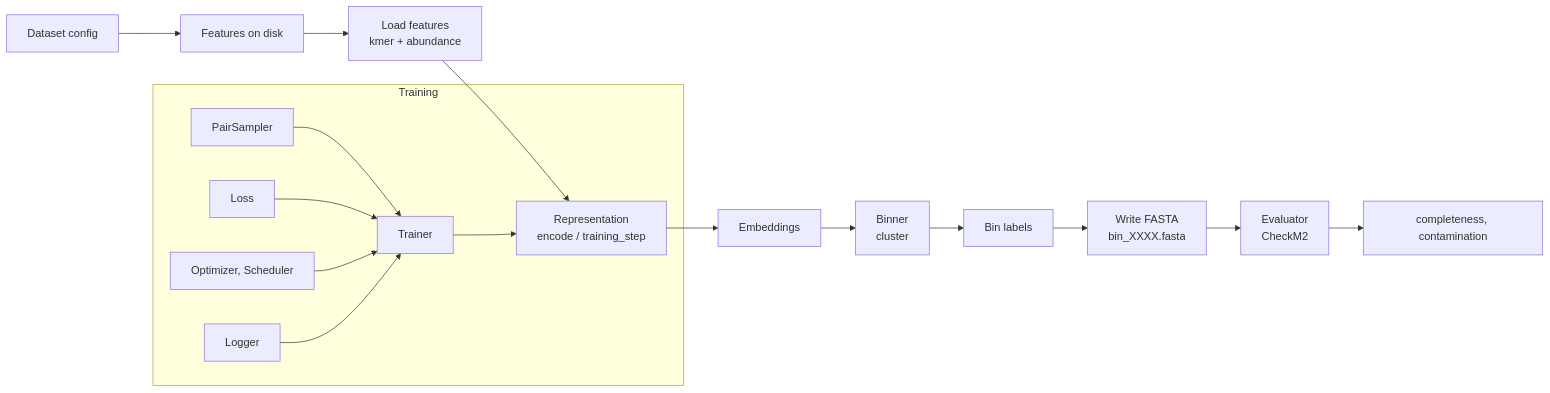
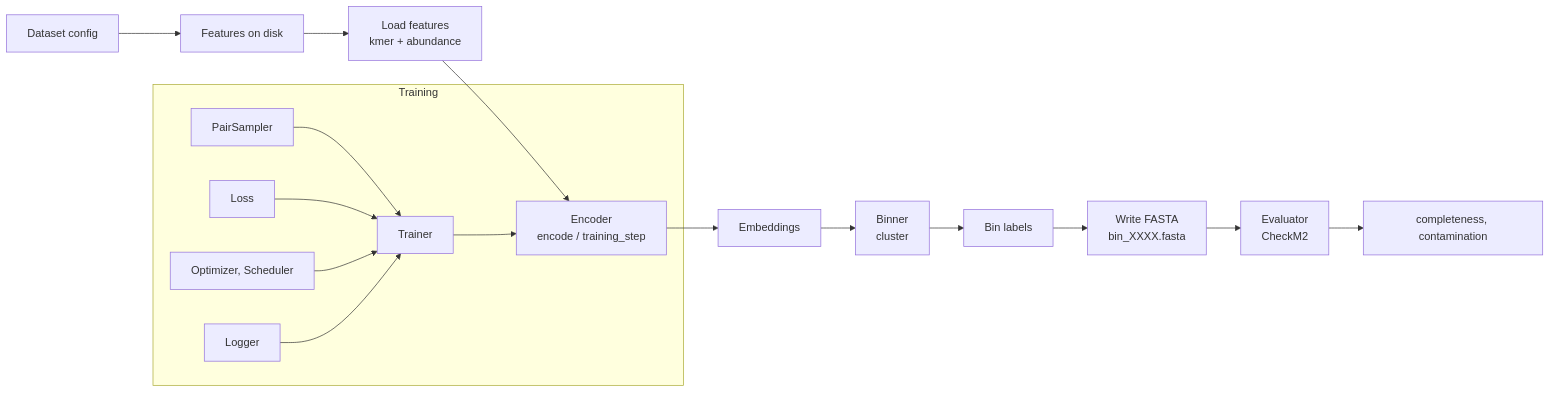
One commit to Tinnifo/MegoBin changed the diagram in docs/03-architecture/pipeline-overview.md. Above: the diagram before and after it, drawn with Mermaid. The commit also changed other lines of this file and 36 other files, not shown here.

````diff
--- a/docs/03-architecture/pipeline-overview.md
+++ b/docs/03-architecture/pipeline-overview.md
@@ -7,20 +7,20 @@
 ```mermaid
 flowchart LR
   A[Dataset config] --> B[Features on disk]
   B --> C[Load features<br/>kmer + abundance]
-  C --> D[Representation<br/>encode / training_step]
+  C --> D[Encoder<br/>encode / training_step]
   D --> E[Embeddings]
   E --> F[Binner<br/>cluster]
   F --> G[Bin labels]
   G --> H[Write FASTA<br/>bin_XXXX.fasta]
   H --> I[Evaluator<br/>CheckM2]
   I --> J[completeness, contamination]
 
   subgraph Training
     K[PairSampler] --> L[Trainer]
     L --> D
     M[Loss] --> L
     N[Optimizer, Scheduler] --> L
     O[Logger] --> L
   end
 ```
````
